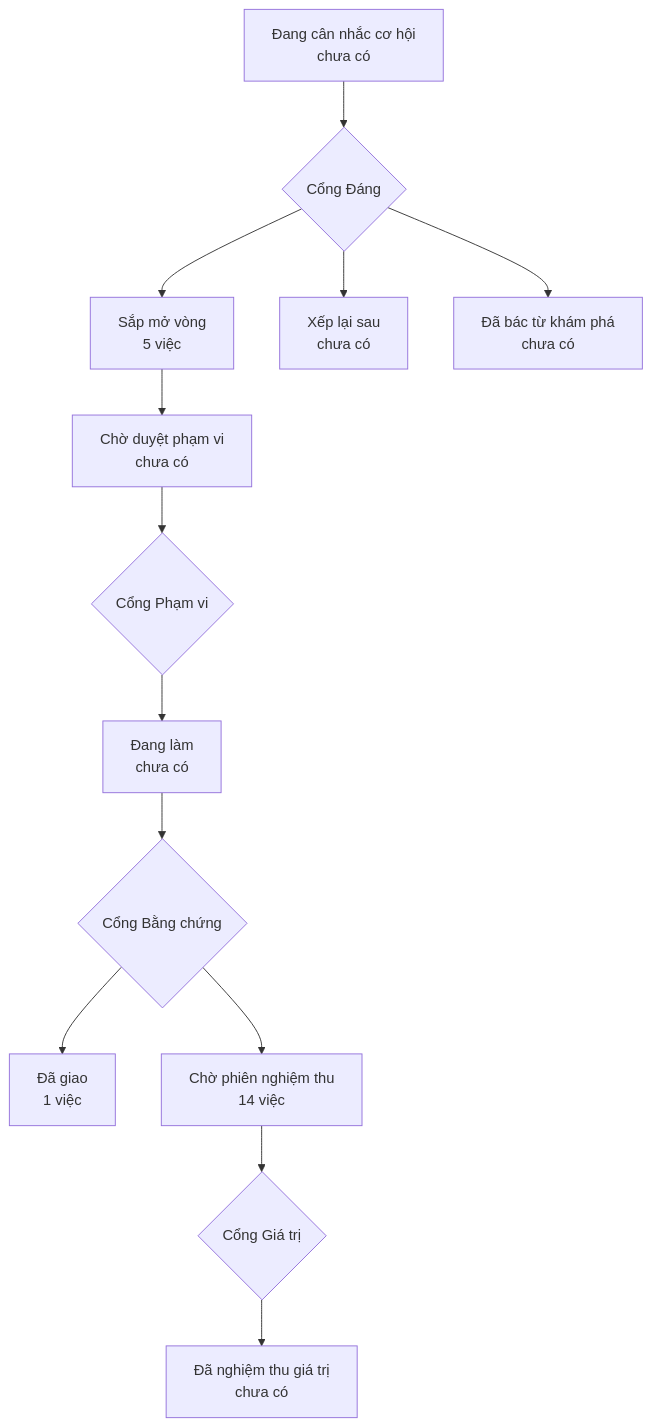
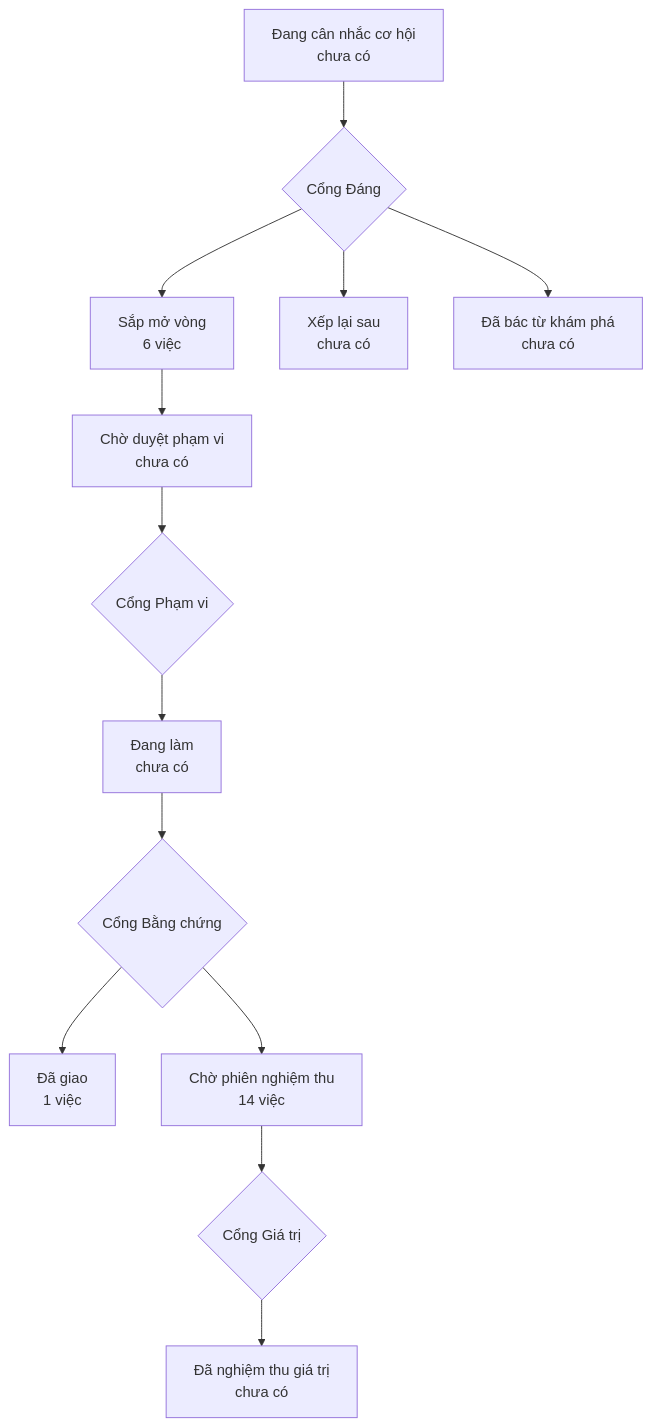
The diagram in PRODUCT-MAP.md (phanlemanh/onehub-inventory), drawn with Mermaid before and after one commit. The commit also changed other lines of this file and 4 other files, not shown here.

First line of the commit message:
docs(plan): add roadmap row 1m spun off at the evidence gate of row 8

````diff
--- a/PRODUCT-MAP.md
+++ b/PRODUCT-MAP.md
@@ -7,12 +7,12 @@
 ```mermaid
 flowchart TD
   A["Đang cân nhắc cơ hội<br/>chưa có"] --> GD{"Cổng Đáng"}
-  GD --> B["Sắp mở vòng<br/>5 việc"]
+  GD --> B["Sắp mở vòng<br/>6 việc"]
   GD --> XL["Xếp lại sau<br/>chưa có"]
   GD --> DB["Đã bác từ khám phá<br/>chưa có"]
   B --> CD["Chờ duyệt phạm vi<br/>chưa có"] --> GP{"Cổng Phạm vi"}
   GP --> DL["Đang làm<br/>chưa có"] --> GB{"Cổng Bằng chứng"}
   GB --> DG["Đã giao<br/>1 việc"]
   GB --> CN["Chờ phiên nghiệm thu<br/>14 việc"] --> GG{"Cổng Giá trị"}
   GG --> NT["Đã nghiệm thu giá trị<br/>chưa có"]
 ```
````
